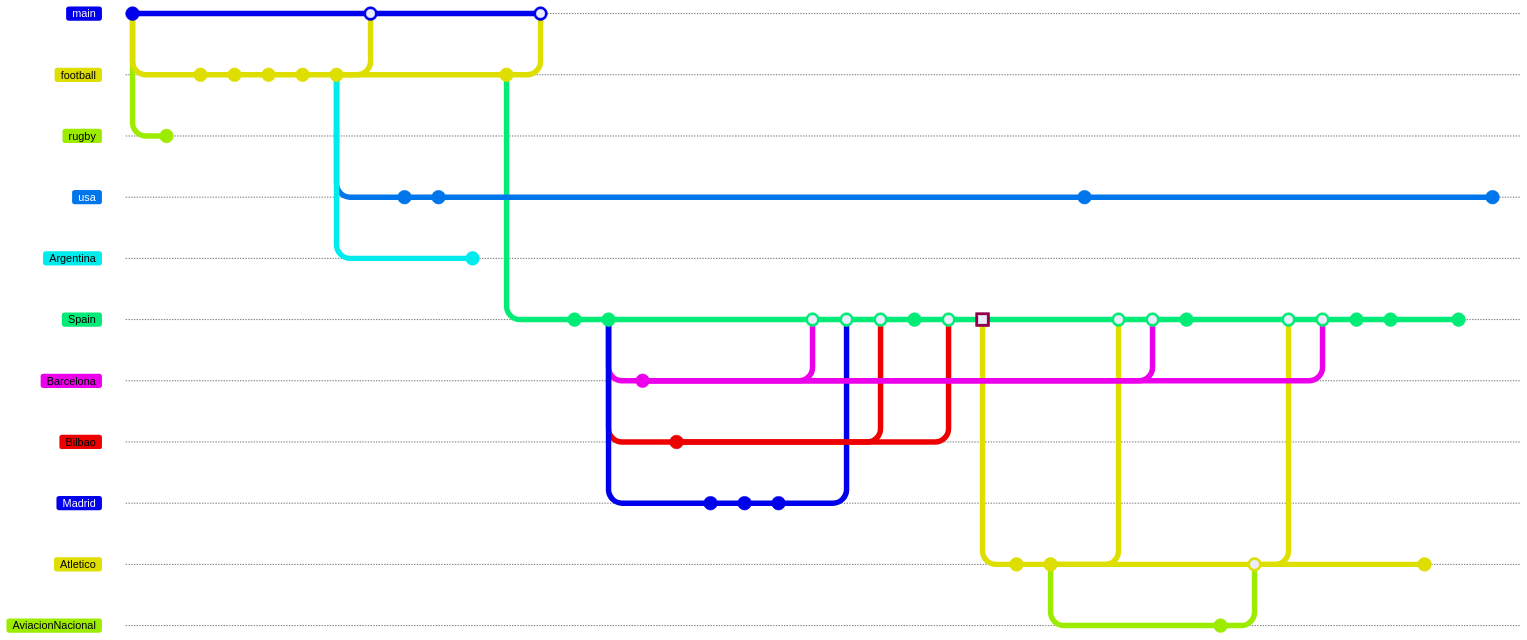
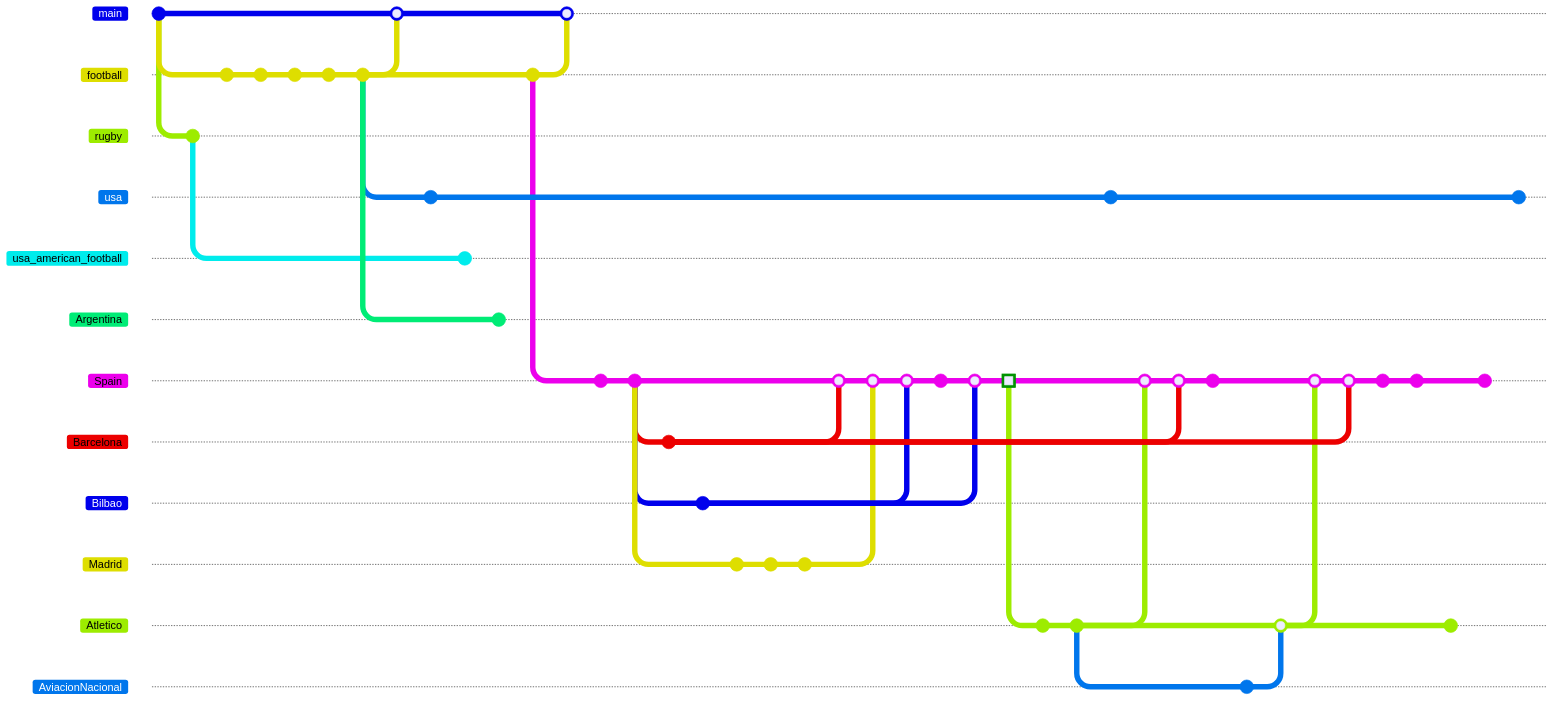
One commit to sarnobat/mermaid changed the first of 8 diagrams in README.md. Above: the diagram before and after it, drawn with Mermaid. Commit ids are hidden.

```diff
--- a/README.md
+++ b/README.md
@@ -32,6 +32,8 @@
     checkout rugby
     checkout usa
     commit id: "1866 first association football match in USA"
+    checkout rugby
+    branch usa_american_football
     commit id: "1880 USA rugby cut from 15 to 11 players (American football)"
     checkout football
     branch Argentina
```
